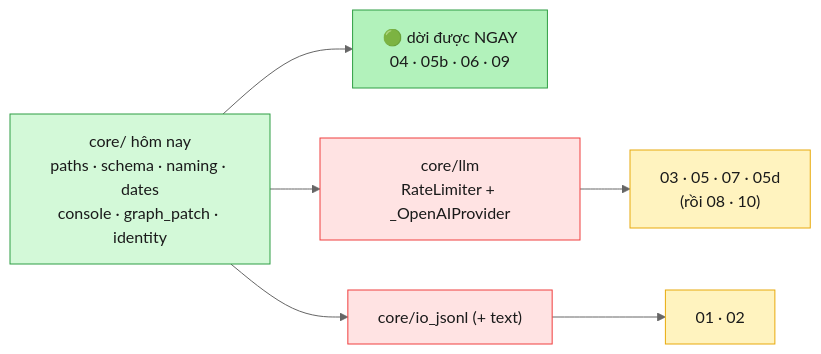
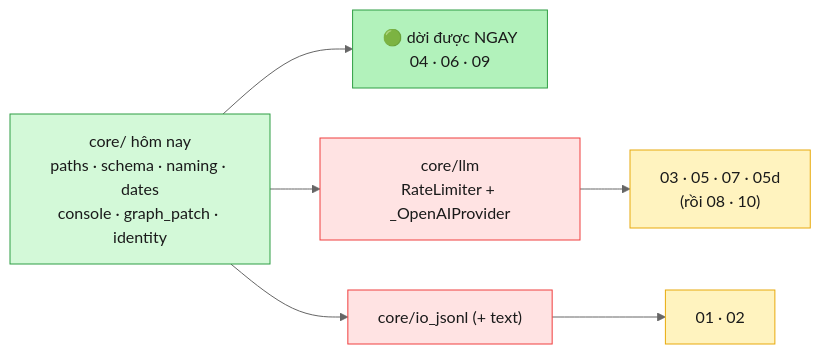
The second of 4 diagrams in src_module/PIPELINE.md (TranBaDat2607/capstone_test1), drawn with Mermaid (neutral theme) before and after one commit. The commit also changed other lines of this file and 3 other files, not shown here.

````diff
--- a/src_module/PIPELINE.md
+++ b/src_module/PIPELINE.md
@@ -157,18 +158,18 @@
 ```mermaid
 flowchart LR
     classDef done fill:#d3f9d8,stroke:#2f9e44,color:#1a1a1a
     classDef ready fill:#b2f2bb,stroke:#2f9e44,color:#1a1a1a
     classDef key  fill:#ffe3e3,stroke:#f03e3e,color:#1a1a1a
     classDef pend fill:#fff3bf,stroke:#e8a90c,color:#1a1a1a
 
     CORE["core/ hôm nay<br/>paths · schema · naming · dates<br/>console · graph_patch · identity"]:::done
-    READY["🟢 dời được NGAY<br/>04 · 05b · 06 · 09"]:::ready
+    READY["🟢 dời được NGAY<br/>04 · 06 · 09"]:::ready
     LLM["core/llm<br/>RateLimiter + _OpenAIProvider"]:::key
     IOJ["core/io_jsonl (+ text)"]:::key
     U1["03 · 05 · 07 · 05d<br/>(rồi 08 · 10)"]:::pend
     U3["01 · 02"]:::pend
 
     CORE --> READY
     CORE --> LLM --> U1
     CORE --> IOJ --> U3
 ```
````
